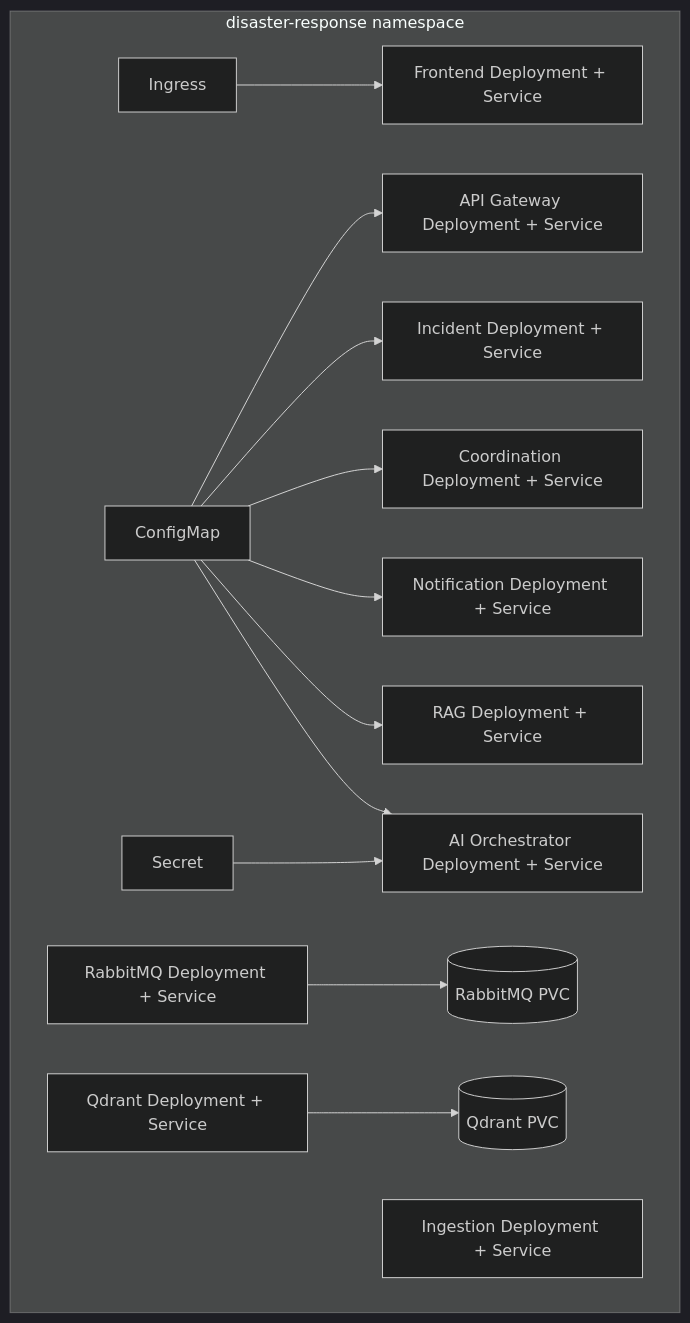
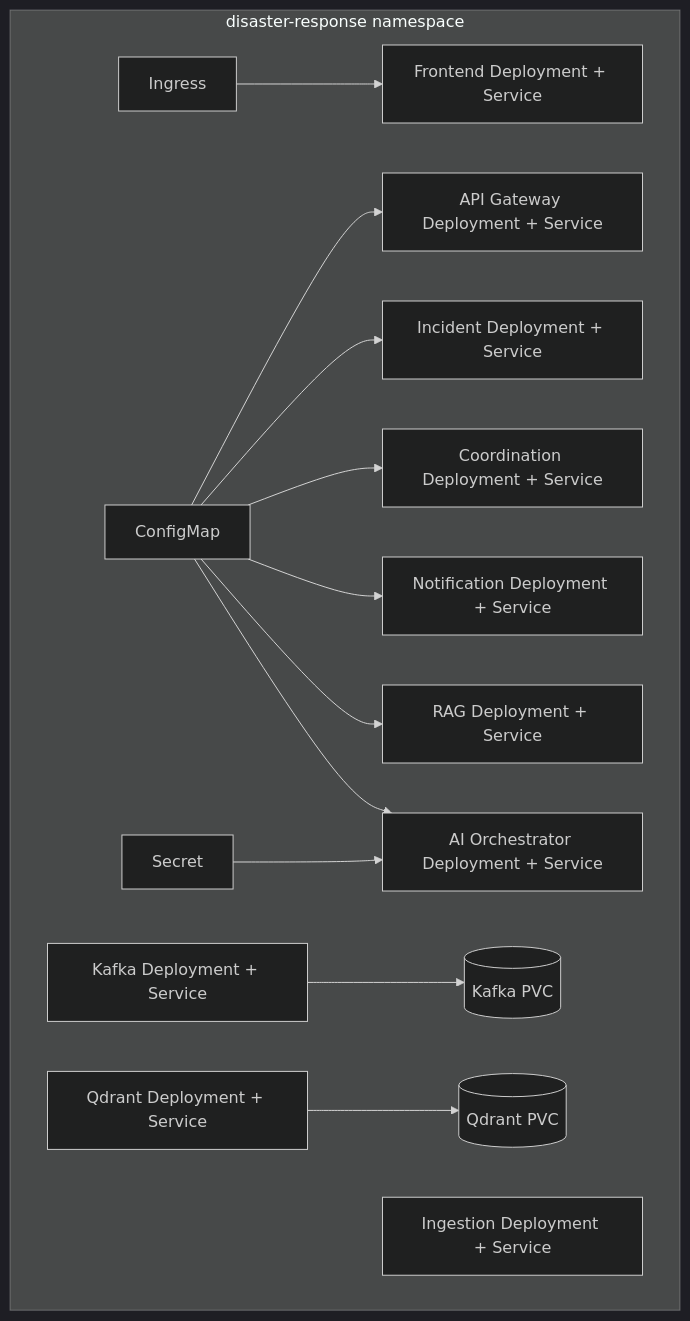
One commit to hanzala-bhutto/Disaster-Response-Command-Platform changed the second of 3 diagrams in docs/phase-6-architecture.md. Above: the diagram before and after it, drawn with Mermaid (dark theme). The commit also changed other lines of this file and 33 other files, not shown here.

First line of the commit message:
Refactor messaging system from RabbitMQ to Kafka across the platform

````diff
--- a/docs/phase-6-architecture.md
+++ b/docs/phase-6-architecture.md
@@ -41,31 +41,31 @@
 ```mermaid
 flowchart TD
     subgraph Namespace[disaster-response namespace]
         CM[ConfigMap]
         SEC[Secret]
         ING[Ingress]
         FE[Frontend Deployment + Service]
         GW[API Gateway Deployment + Service]
         IS[Incident Deployment + Service]
         CS[Coordination Deployment + Service]
         NS[Notification Deployment + Service]
         RS[RAG Deployment + Service]
         AO[AI Orchestrator Deployment + Service]
         GS[Ingestion Deployment + Service]
-        MQ[RabbitMQ Deployment + Service]
+        MQ[Kafka Deployment + Service]
         QD[Qdrant Deployment + Service]
-        PVC1[(RabbitMQ PVC)]
+        PVC1[(Kafka PVC)]
         PVC2[(Qdrant PVC)]
     end
 
     ING --> FE
     CM --> GW
     CM --> IS
     CM --> CS
     CM --> NS
     CM --> RS
     CM --> AO
     SEC --> AO
     MQ --> PVC1
     QD --> PVC2
 ```
````
